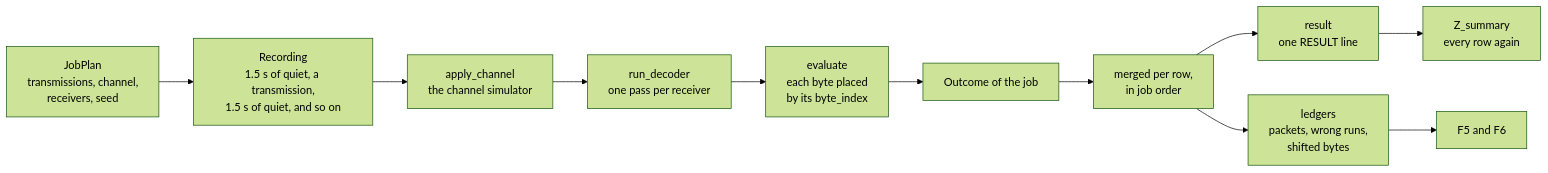
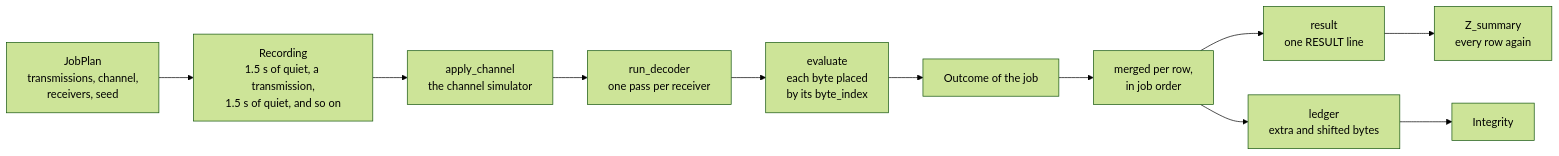
Before and after one commit to solariun/unlimited: the seventh of 10 diagrams in docs/testing.md, drawn with Mermaid (forest theme). The commit also changed other lines of this file and 76 other files, not shown here.

````diff
--- a/docs/testing.md
+++ b/docs/testing.md
@@ -976,13 +746,13 @@
 ```mermaid
 flowchart LR
     plan["JobPlan<br/>transmissions, channel,<br/>receivers, seed"] --> rec["Recording<br/>1.5 s of quiet, a transmission,<br/>1.5 s of quiet, and so on"]
     rec --> chn["apply_channel<br/>the channel simulator"]
     chn --> dcd["run_decoder<br/>one pass per receiver"]
     dcd --> evl["evaluate<br/>each byte placed<br/>by its byte_index"]
     evl --> outc["Outcome of the job"]
     outc --> mrg["merged per row,<br/>in job order"]
     mrg --> res["result<br/>one RESULT line"]
-    mrg --> led["ledgers<br/>packets, wrong runs,<br/>shifted bytes"]
-    led --> f56["F5 and F6"]
+    mrg --> led["ledger<br/>extra and shifted bytes"]
+    led --> integ2["Integrity"]
     res --> sumr["Z_summary<br/>every row again"]
 ```
````
